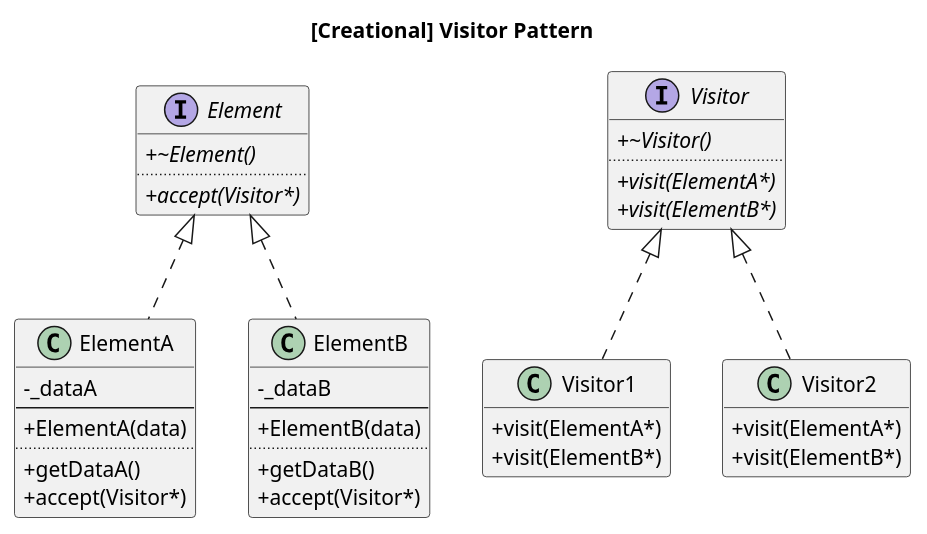
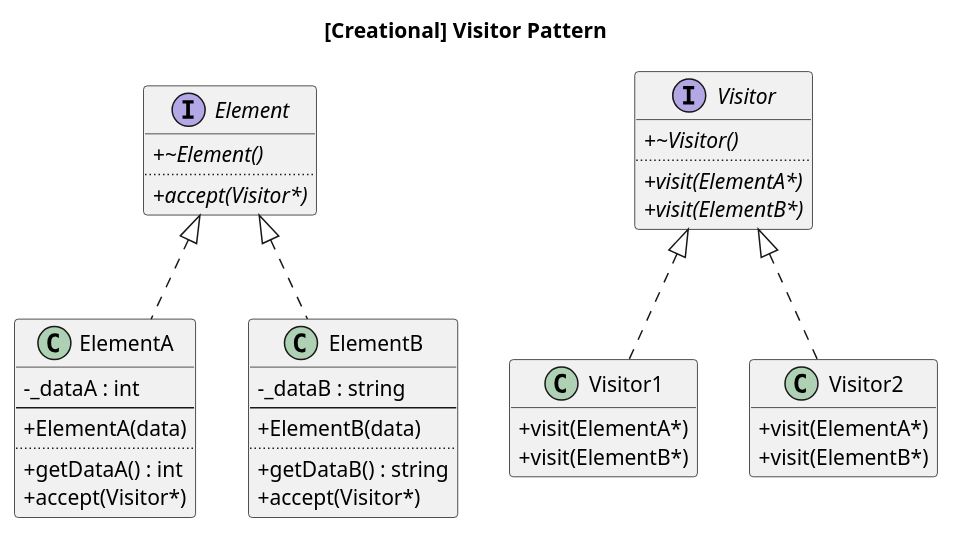
Before and after one commit to nampluskr/design_patterns: the diagram in cpp_templates/behavioral/visitor/behavioral_visitor_template.puml, drawn with PlantUML. The commit also changed 11 other files, not shown here.

```diff
--- a/cpp_templates/behavioral/visitor/behavioral_visitor_template.puml
+++ b/cpp_templates/behavioral/visitor/behavioral_visitor_template.puml
@@ -1,58 +1,58 @@
 @startuml
 skinparam classAttributeIconSize 0
 title [Creational] Visitor Pattern
 
 'note as N1
 '...
 'end note
 
 interface Element {
   + {abstract} ~Element()
   ..
   + {abstract} accept(Visitor*)
 }
 class ElementA {
-  - _dataA
+  - _dataA : int
   --
   + ElementA(data)
   ..
-  + getDataA()
+  + getDataA() : int
   + accept(Visitor*)
 }
 class ElementB {
-  - _dataB
+  - _dataB : string
   --
   + ElementB(data)
   ..
-  + getDataB()
+  + getDataB() : string
   + accept(Visitor*)
 }
 
 interface Visitor {
   + {abstract} ~Visitor()
   ..
   + {abstract} visit(ElementA*)
   + {abstract} visit(ElementB*)
 }
 class Visitor1 {
   + visit(ElementA*)
   + visit(ElementB*)
 }
 class Visitor2 {
   + visit(ElementA*)
   + visit(ElementB*)
 }
 
 'Client ..> Element
 Element <|.. ElementA
 Element <|.. ElementB
 
 'Client .> Visitor
 Visitor <|.. Visitor1
 Visitor <|.. Visitor2
 
 'Client -- N1
 
 hide empty members
 
 @enduml
```
